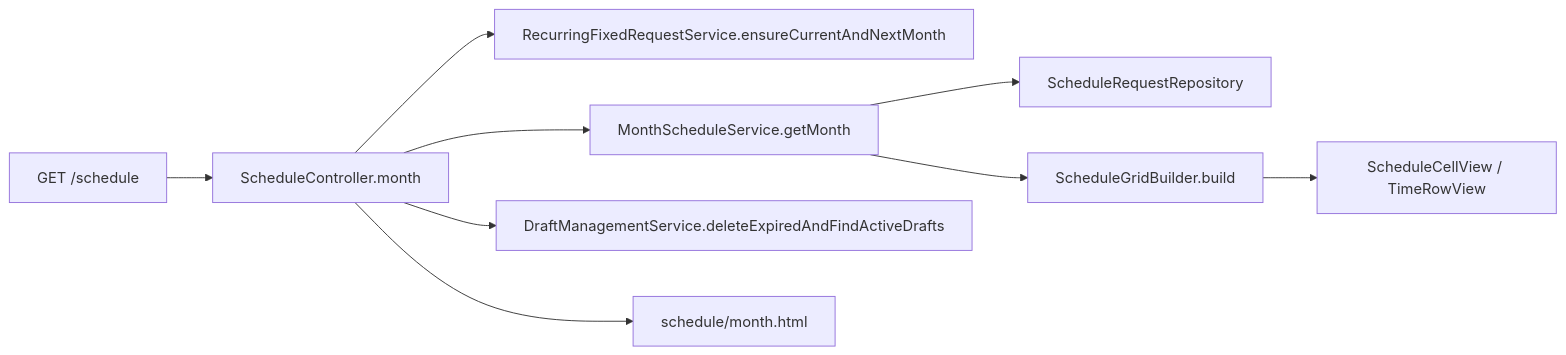
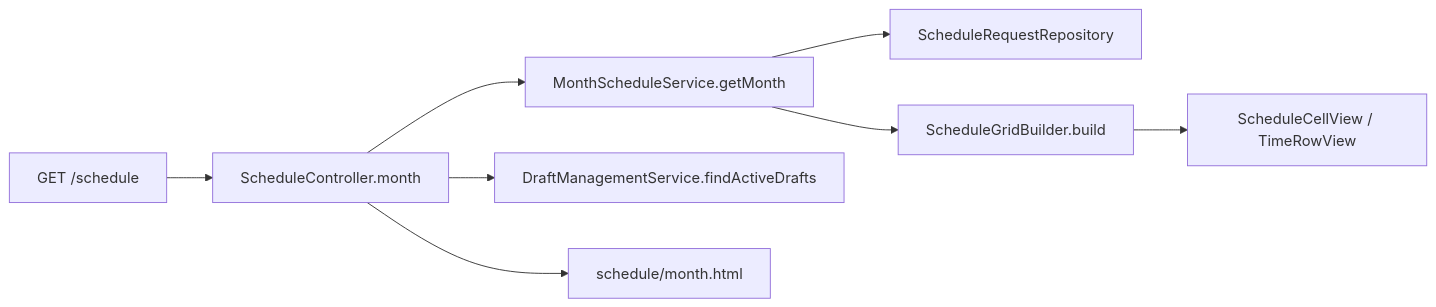
Before and after one commit to yuya-dev-dev/schedule-system: the first of 2 diagrams in docs/java-code-reading-guide.md, drawn with Mermaid. The commit also changed other lines of this file and 52 other files, not shown here.

````diff
--- a/docs/java-code-reading-guide.md
+++ b/docs/java-code-reading-guide.md
@@ -54,11 +54,10 @@
 ```mermaid
 flowchart LR
     HTTP["GET /schedule"] --> C["ScheduleController.month"]
-    C --> F["RecurringFixedRequestService.ensureCurrentAndNextMonth"]
     C --> M["MonthScheduleService.getMonth"]
-    C --> D["DraftManagementService.deleteExpiredAndFindActiveDrafts"]
+    C --> D["DraftManagementService.findActiveDrafts"]
     M --> R["ScheduleRequestRepository"]
     M --> G["ScheduleGridBuilder.build"]
     G --> V["ScheduleCellView / TimeRowView"]
     C --> T["schedule/month.html"]
 ```
````
